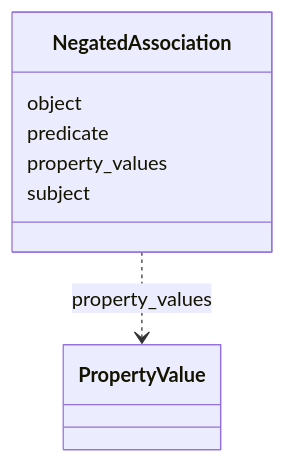
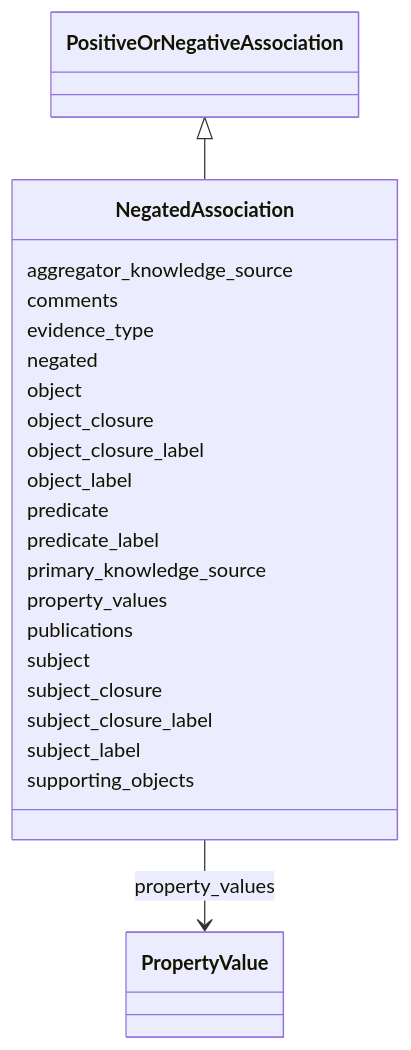
One commit to dalito/ontology-access-kit changed the diagram in association/NegatedAssociation.md. Above: the diagram before and after it, drawn with Mermaid. The commit also changed other lines of this file and 3370 other files, not shown here.

````diff
--- a/association/NegatedAssociation.md
+++ b/association/NegatedAssociation.md
@@ -11,15 +15,45 @@
 ```{mermaid}
  classDiagram
     class NegatedAssociation
+      PositiveOrNegativeAssociation <|-- NegatedAssociation
+      
+      NegatedAssociation : aggregator_knowledge_source
+        
+      NegatedAssociation : comments
+        
+      NegatedAssociation : evidence_type
+        
+      NegatedAssociation : negated
+        
       NegatedAssociation : object
+        
+      NegatedAssociation : object_closure
+        
+      NegatedAssociation : object_closure_label
+        
+      NegatedAssociation : object_label
         
       NegatedAssociation : predicate
         
+      NegatedAssociation : predicate_label
+        
+      NegatedAssociation : primary_knowledge_source
+        
       NegatedAssociation : property_values
         
-          NegatedAssociation ..> PropertyValue : property_values
+          NegatedAssociation --> PropertyValue : property_values
+        
+      NegatedAssociation : publications
         
       NegatedAssociation : subject
         
+      NegatedAssociation : subject_closure
+        
+      NegatedAssociation : subject_closure_label
+        
+      NegatedAssociation : subject_label
+        
+      NegatedAssociation : supporting_objects
+        
       
 ```
````
